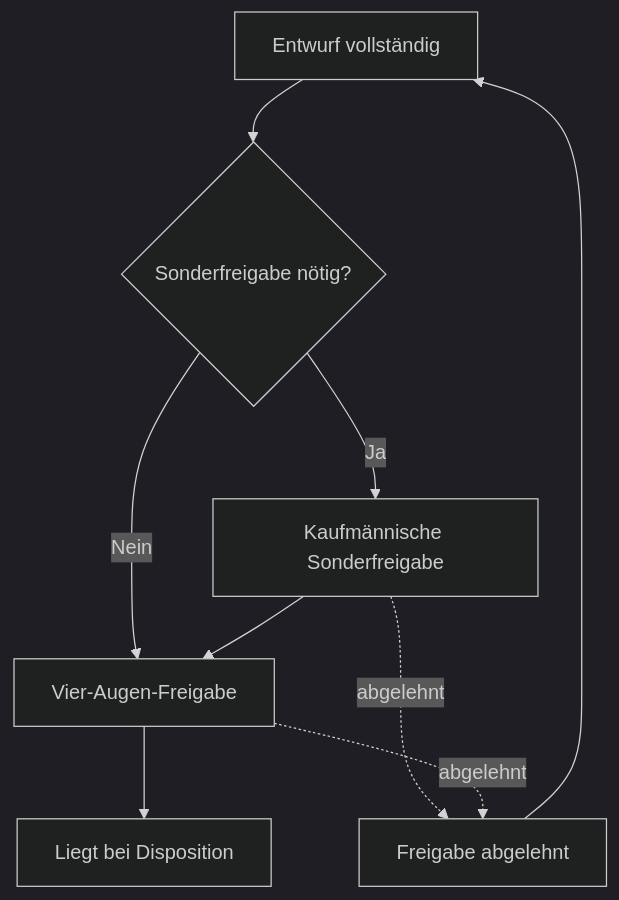
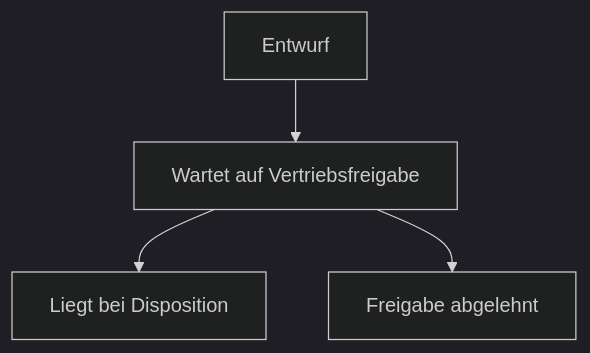
Before and after one commit to MORE-m/dispo: the second of 2 diagrams in docs/workflows-und-berechtigungen.md, drawn with Mermaid (dark theme). The commit also changed other lines of this file and 4 other files, not shown here.

````diff
--- a/docs/workflows-und-berechtigungen.md
+++ b/docs/workflows-und-berechtigungen.md
@@ -65,11 +88,6 @@
 ```mermaid
 flowchart TD
-    A[Entwurf vollständig] --> B{Sonderfreigabe nötig?}
-    B -- Ja --> C[Kaufmännische Sonderfreigabe]
-    B -- Nein --> D[Vier-Augen-Freigabe]
-    C --> D
-    D --> E[Liegt bei Disposition]
-    C -. abgelehnt .-> F[Freigabe abgelehnt]
-    D -. abgelehnt .-> F
-    F --> A
+    A[Entwurf] --> B[Wartet auf Vertriebsfreigabe]
+    B --> C[Liegt bei Disposition]
+    B --> D[Freigabe abgelehnt]
 ```
````
